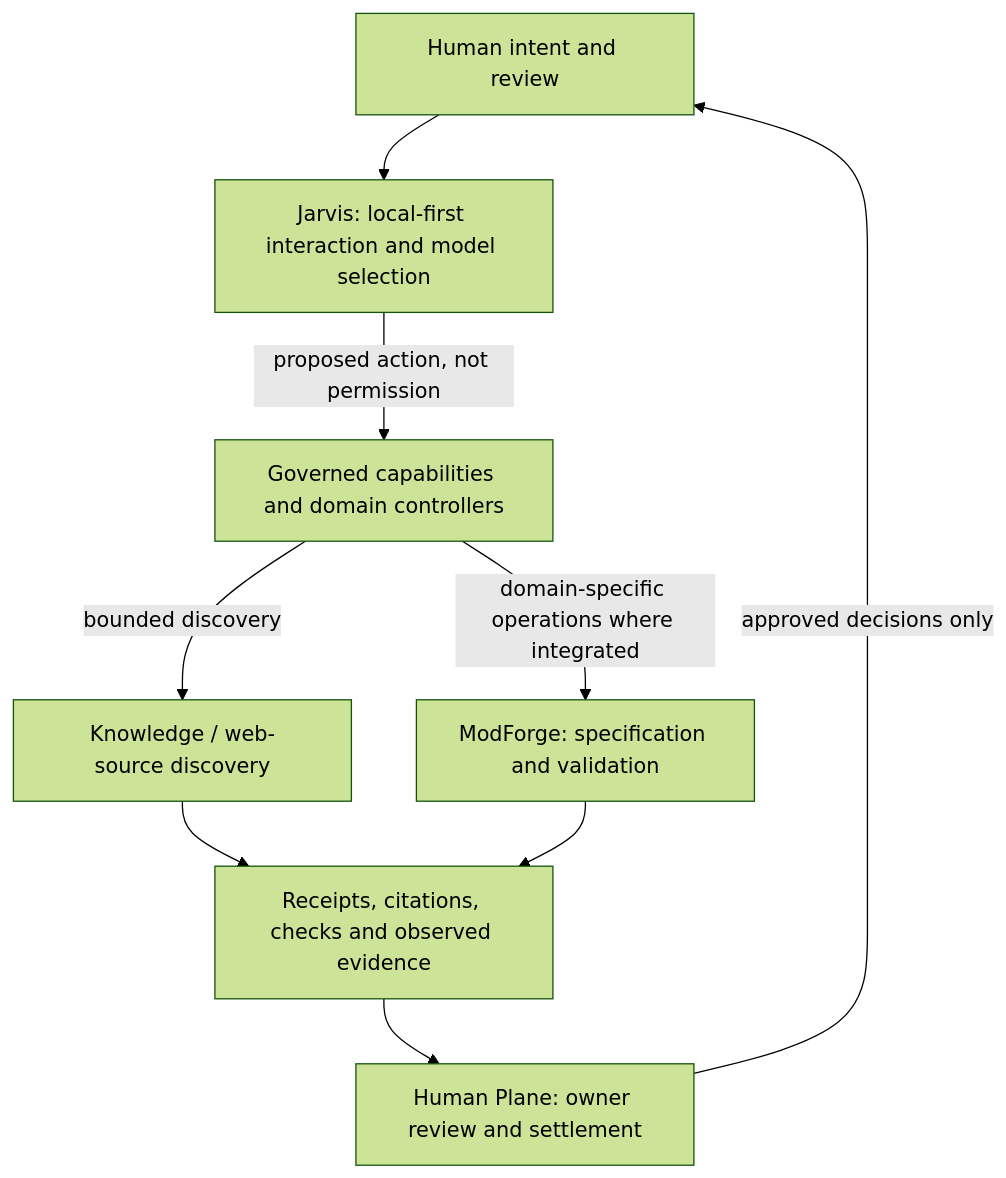
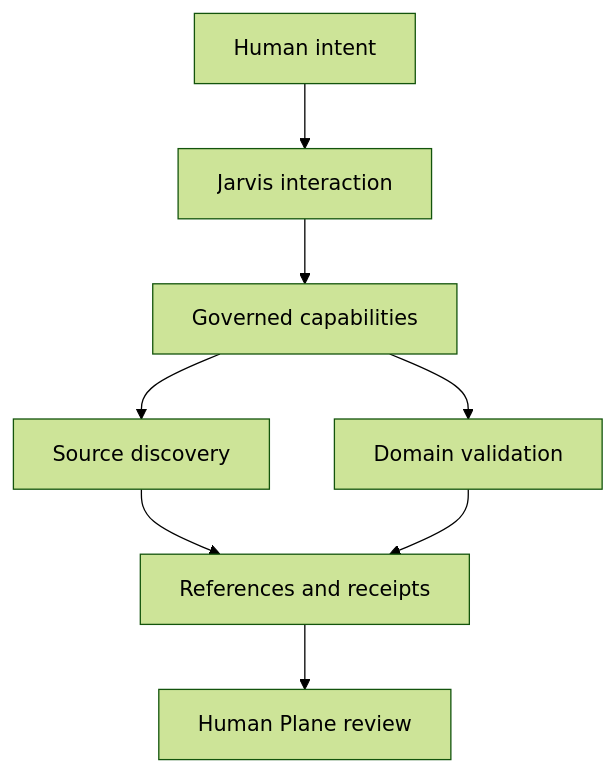
Before and after one commit to Ozzurac/ncma-engineering: the diagram in architecture/README.md, drawn with Mermaid (forest theme). The commit also changed other lines of this file and 5 other files, not shown here.

First line of the commit message:
docs: make NCMA Mermaid architecture flows readable

````diff
--- a/architecture/README.md
+++ b/architecture/README.md
@@ -28,18 +33,10 @@
 ```mermaid
 flowchart TB
-    U["Human intent and review"]
-    A["Jarvis: local-first interaction and model selection"]
-    T["Governed capabilities and domain controllers"]
-    K["Knowledge / web-source discovery"]
-    F["ModForge: specification and validation"]
-    E["Receipts, citations, checks and observed evidence"]
-    H["Human Plane: owner review and settlement"]
-    U --> A
-    A -->|"proposed action, not permission"| T
-    T -->|"bounded discovery"| K
-    T -->|"domain-specific operations where integrated"| F
-    K --> E
-    F --> E
-    E --> H
-    H -->|"approved decisions only"| U
+    HUMAN["Human intent"] --> JARVIS["Jarvis interaction"]
+    JARVIS --> CONTROL["Governed capabilities"]
+    CONTROL --> DISCOVERY["Source discovery"]
+    CONTROL --> DOMAIN["Domain validation"]
+    DISCOVERY --> EVIDENCE["References and receipts"]
+    DOMAIN --> EVIDENCE
+    EVIDENCE --> REVIEW["Human Plane review"]
 ```
````
